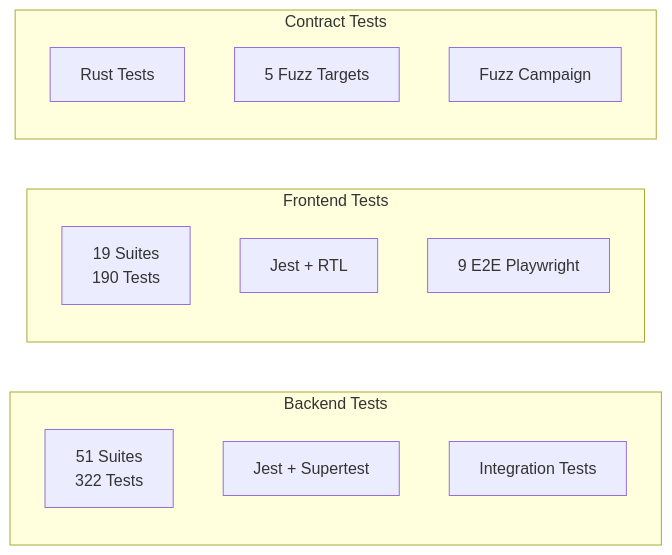
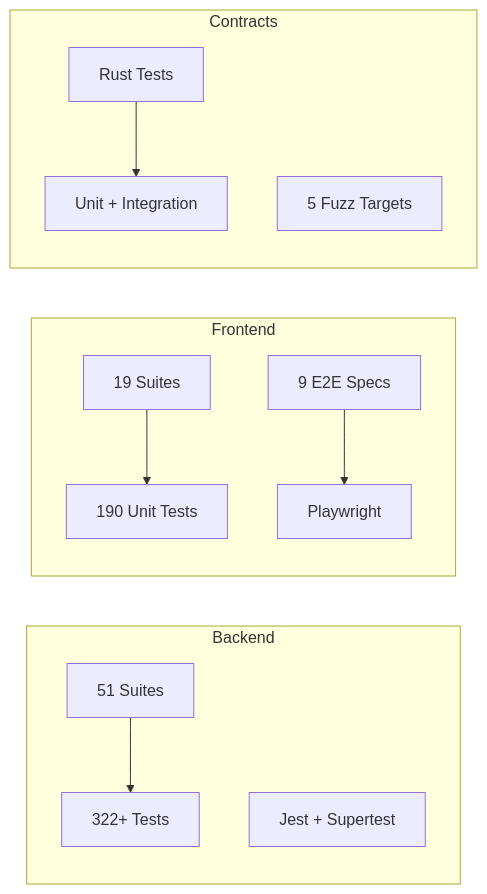
One commit to Ziza-Lend/ZizaLend changed the second of 2 diagrams in README.md. Above: the diagram before and after it, drawn with Mermaid. The commit also changed other lines of this file, not shown here.

````diff
--- a/README.md
+++ b/README.md
@@ -399,18 +363,15 @@
 ```mermaid
 flowchart LR
-    subgraph Backend["Backend Tests"]
-        B1["51 Suites<br/>322 Tests"]
-        B2["Jest + Supertest"]
-        B3["Integration Tests"]
+    subgraph Backend["Backend"]
+        B1["51 Suites"] --> B2["322+ Tests"]
+        B3["Jest + Supertest"]
     end
-    subgraph Frontend["Frontend Tests"]
-        F1["19 Suites<br/>190 Tests"]
-        F2["Jest + RTL"]
-        F3["9 E2E Playwright"]
+    subgraph Frontend["Frontend"]
+        F1["19 Suites"] --> F2["190 Unit Tests"]
+        F3["9 E2E Specs"] --> F4["Playwright"]
     end
-    subgraph Contracts["Contract Tests"]
-        C1["Rust Tests"]
-        C2["5 Fuzz Targets"]
-        C3["Fuzz Campaign"]
+    subgraph Contracts["Contracts"]
+        C1["Rust Tests"] --> C2["Unit + Integration"]
+        C3["5 Fuzz Targets"]
     end
 ```
````
